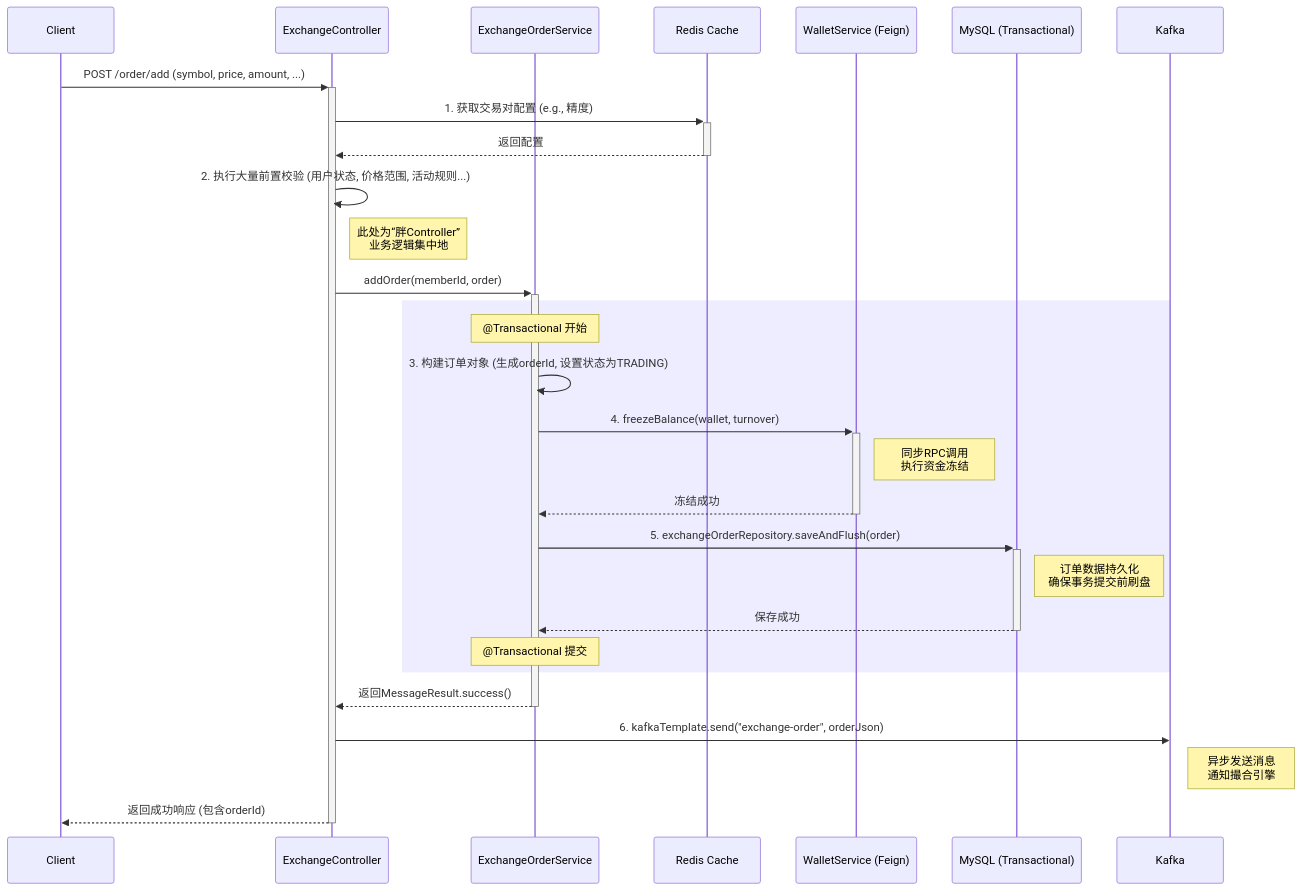
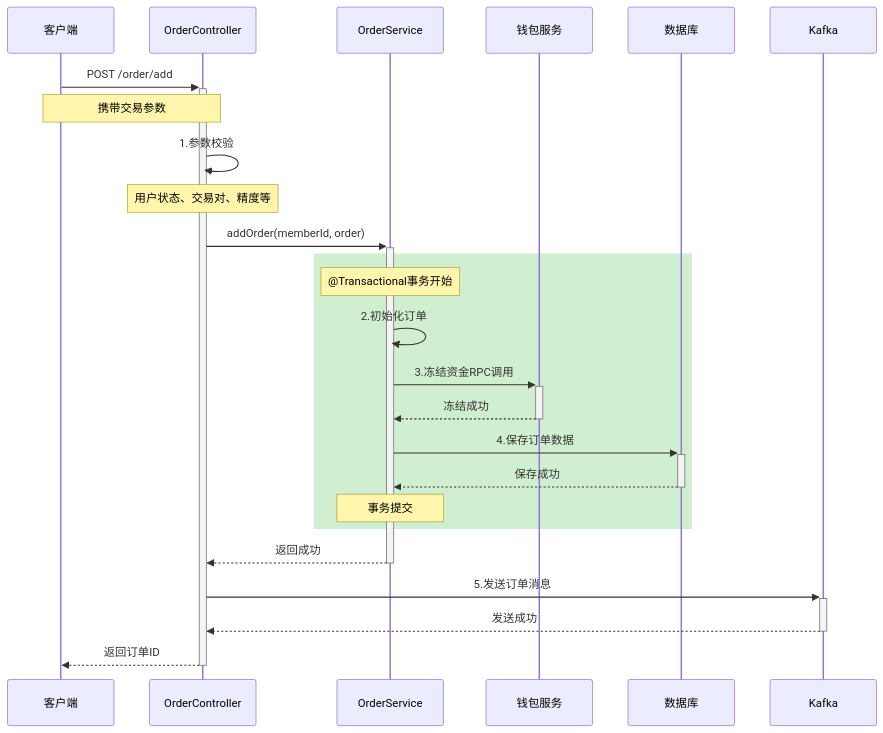
One commit to kick-pixel/btc_eth_bizzan_contract_Exchange_ztuo_jiaoyisuo changed the third of 3 diagrams in doc/12.交易网关 (exchange-api) 源码剖析.md. Above: the diagram before and after it, drawn with Mermaid. The commit also changed other lines of this file and 27 other files, not shown here.

````diff
--- a/doc/12.交易网关 (exchange-api) 源码剖析.md
+++ b/doc/12.交易网关 (exchange-api) 源码剖析.md
@@ -90,36 +148,32 @@
 ```mermaid
 sequenceDiagram
-    participant C as Client
-    participant EC as ExchangeController
-    participant EOS as ExchangeOrderService
-    participant Redis as Redis Cache
-    participant Wallet as WalletService (Feign)
-    participant DB as MySQL (Transactional)
-    participant K as Kafka
+    participant Client as 客户端
+    participant Controller as OrderController
+    participant Service as OrderService
+    participant Wallet as 钱包服务
+    participant DB as 数据库
+    participant Kafka as Kafka
 
-    C->>+EC: POST /order/add (symbol, price, amount, ...)
-    EC->>+Redis: 1. 获取交易对配置 (e.g., 精度)
-    Redis-->>-EC: 返回配置
-    EC->>EC: 2. 执行大量前置校验 (用户状态, 价格范围, 活动规则...)
-    Note right of EC: 此处为“胖Controller”<br>业务逻辑集中地
+    Client->>+Controller: POST /order/add
+    Note over Client,Controller: 携带交易参数
 
-    EC->>+EOS: addOrder(memberId, order)
-    rect rgba(220, 220, 255, 0.5)
-        note over EOS: @Transactional 开始
-        EOS->>EOS: 3. 构建订单对象 (生成orderId, 设置状态为TRADING)
-        EOS->>+Wallet: 4. freezeBalance(wallet, turnover)
-        Note right of Wallet: 同步RPC调用<br>执行资金冻结
-        Wallet-->>-EOS: 冻结成功
+    Controller->>Controller: 1.参数校验
+    Note over Controller: 用户状态、交易对、精度等
 
-        EOS->>+DB: 5. exchangeOrderRepository.saveAndFlush(order)
-        Note right of DB: 订单数据持久化<br>确保事务提交前刷盘
-        DB-->>-EOS: 保存成功
-        note over EOS: @Transactional 提交
+    Controller->>+Service: addOrder(memberId, order)
+
+    rect rgba(100, 200, 100, 0.3)
+        note over Service: @Transactional事务开始
+        Service->>Service: 2.初始化订单
+        Service->>+Wallet: 3.冻结资金RPC调用
+        Wallet-->>-Service: 冻结成功
+        Service->>+DB: 4.保存订单数据
+        DB-->>-Service: 保存成功
+        note over Service: 事务提交
     end
-    EOS-->>-EC: 返回MessageResult.success()
 
-    EC->>K: 6. kafkaTemplate.send("exchange-order", orderJson)
-    Note right of K: 异步发送消息<br>通知撮合引擎
-
-    EC-->>-C: 返回成功响应 (包含orderId)
+    Service-->>-Controller: 返回成功
+    Controller->>+Kafka: 5.发送订单消息
+    Kafka-->>-Controller: 发送成功
+    Controller-->>-Client: 返回订单ID
 ```
````
